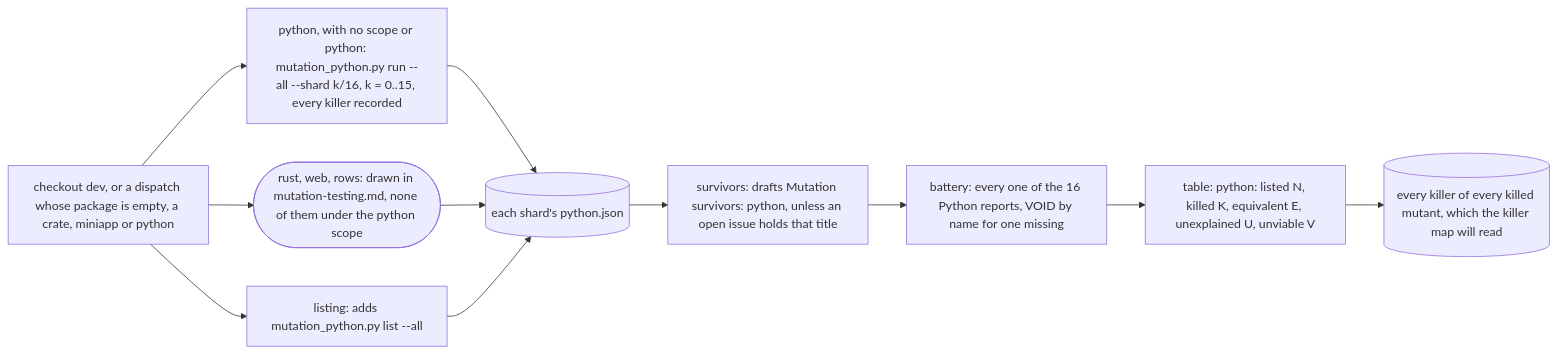
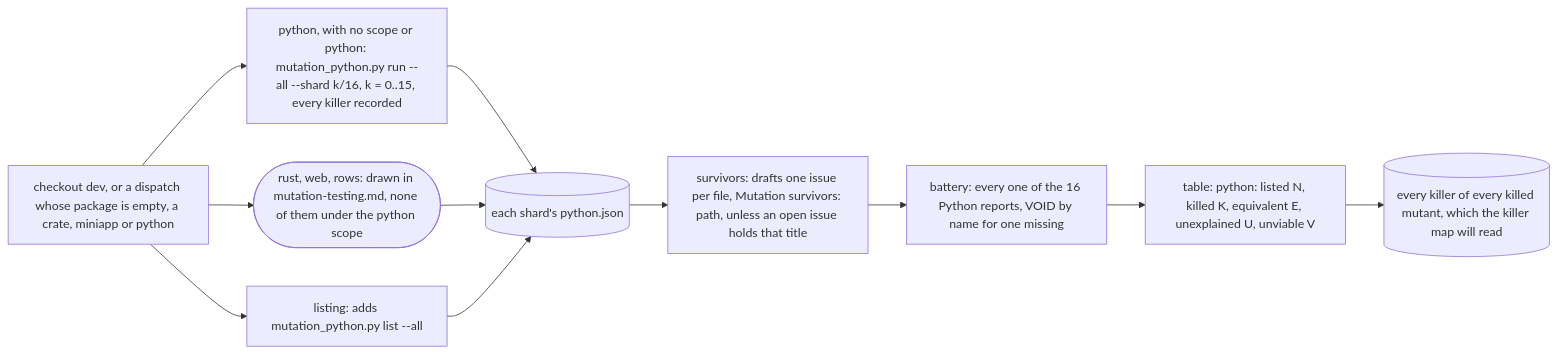
One commit to RexRenatus/deck-streak changed the third of 3 diagrams in docs/schematics/mutation-testing-python.md. Above: the diagram before and after it, drawn with Mermaid. The commit also changed other lines of this file and 2 other files, not shown here.

First line of the commit message:
docs(mutation): bind the plan's criteria to each requirement (round 1)

````diff
--- a/docs/schematics/mutation-testing-python.md
+++ b/docs/schematics/mutation-testing-python.md
@@ -102,13 +104,13 @@
 ```mermaid
 flowchart LR
   checkout["checkout dev, or a dispatch whose package is empty, a crate, miniapp or python"] --> python["python, with no scope or python: mutation_python.py run --all --shard k/16, k = 0..15, every killer recorded"]
   checkout --> others(["rust, web, rows: drawn in mutation-testing.md, none of them under the python scope"])
   checkout --> listing["listing: adds mutation_python.py list --all"]
   python --> reports[("each shard's python.json")]
   others --> reports
   listing --> reports
-  reports --> survivors["survivors: drafts Mutation survivors: python, unless an open issue holds that title"]
+  reports --> survivors["survivors: drafts one issue per file, Mutation survivors: path, unless an open issue holds that title"]
   survivors --> battery["battery: every one of the 16 Python reports, VOID by name for one missing"]
   battery --> table["table: python: listed N, killed K, equivalent E, unexplained U, unviable V"]
   table --> killers[("every killer of every killed mutant, which the killer map will read")]
 ```
````
